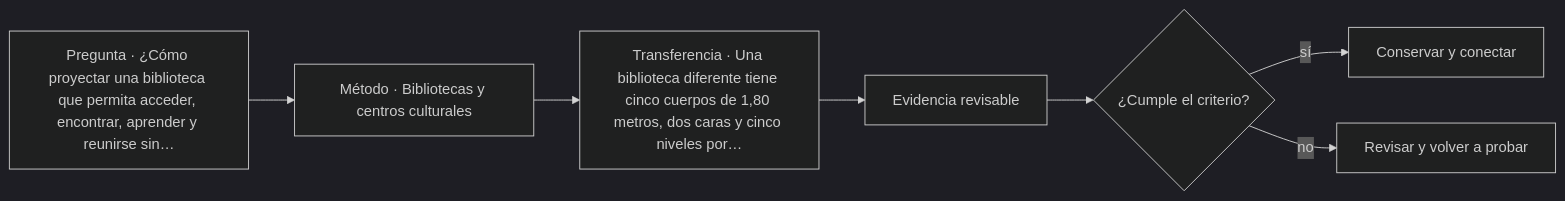
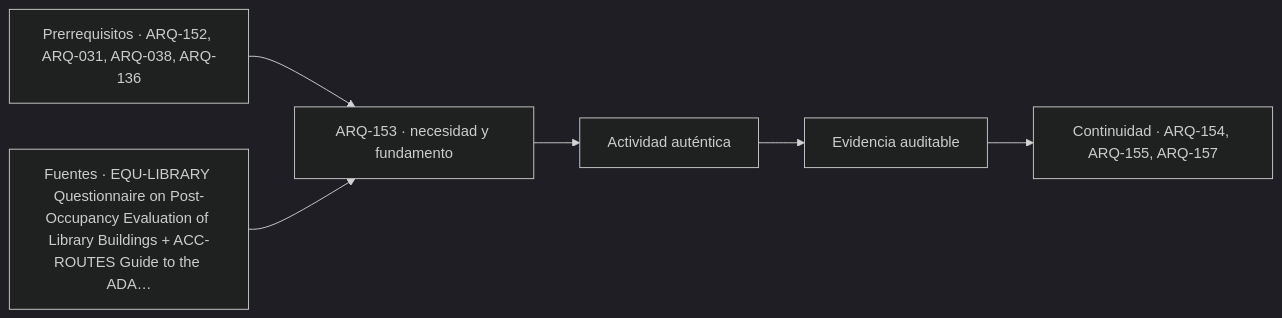
The diagram in classes/parte-16/ARQ-153.md (vladimiracunadev-create/architecture-built-environment-learning-program), drawn with Mermaid (dark theme) before and after one commit. The commit also changed other lines of this file and 761 other files, not shown here.

````diff
--- a/classes/parte-16/ARQ-153.md
+++ b/classes/parte-16/ARQ-153.md
@@ -108,9 +120,8 @@
 ```mermaid
 flowchart LR
-    Q["Pregunta · ¿Cómo proyectar una biblioteca que permita acceder, encontrar, aprender y reunirse sin…"] --> M["Método · Bibliotecas y centros culturales"]
-    M --> P["Transferencia · Una biblioteca diferente tiene cinco cuerpos de 1,80 metros, dos caras y cinco niveles por…"]
-    P --> E["Evidencia revisable"]
-    E --> C{"¿Cumple el criterio?"}
-    C -->|sí| T["Conservar y conectar"]
-    C -->|no| R["Revisar y volver a probar"]
+    A["Prerrequisitos · ARQ-152, ARQ-031, ARQ-038, ARQ-136"] --> B["ARQ-153 · necesidad y fundamento"]
+    S["Fuentes · EQU-LIBRARY Questionnaire on Post-Occupancy Evaluation of Library Buildings + ACC-ROUTES Guide to the ADA…"] --> B
+    B --> C["Actividad auténtica"]
+    C --> D["Evidencia auditable"]
+    D --> E["Continuidad · ARQ-154, ARQ-155, ARQ-157"]
 ```
````
